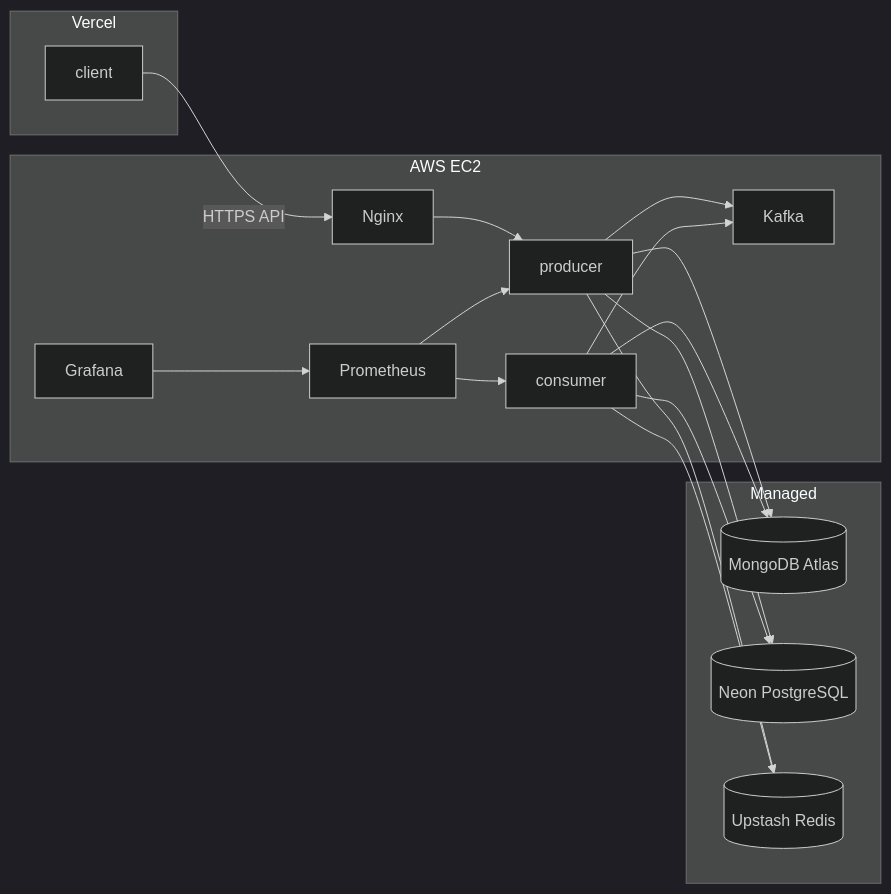
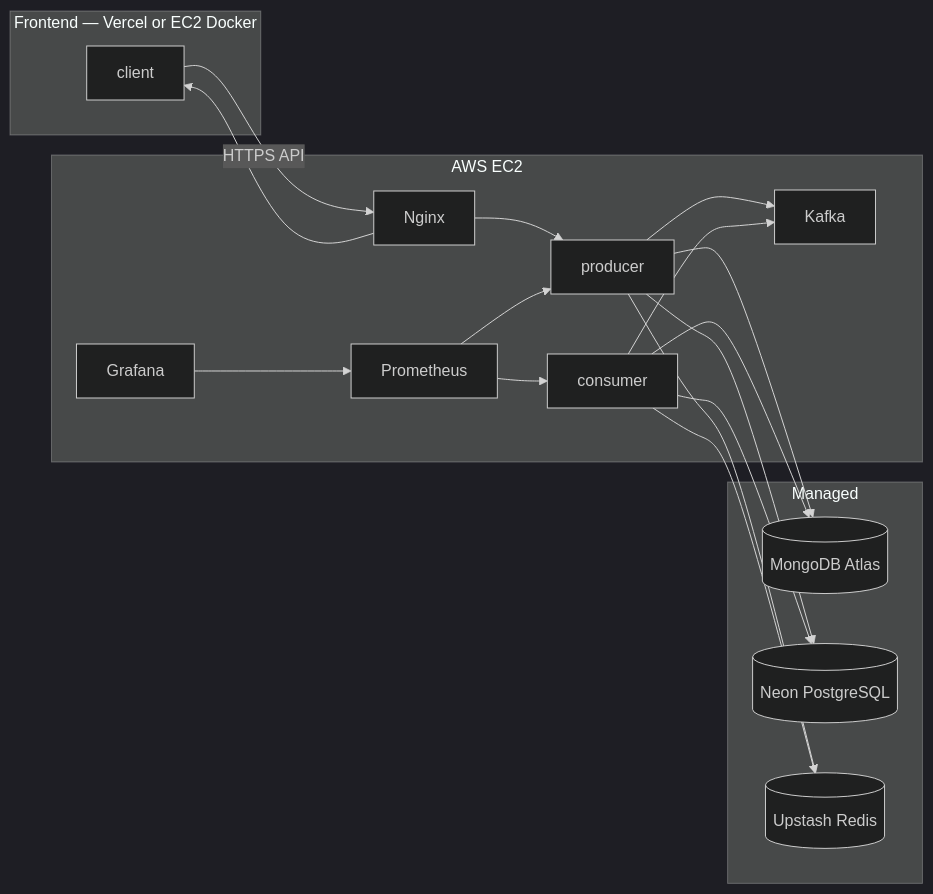
Before and after one commit to tkddnr1022/mealio: the diagram in agent/common/deployment_strategy.md, drawn with Mermaid (dark theme). The commit also changed other lines of this file and 24 other files, not shown here.

First line of the commit message:
Chore: update environment variables and Docker configurations for client and server

````diff
--- a/agent/common/deployment_strategy.md
+++ b/agent/common/deployment_strategy.md
@@ -25,32 +34,33 @@
 ```mermaid
 flowchart LR
-  subgraph vercel [Vercel]
+  subgraph frontend [Frontend — Vercel or EC2 Docker]
     Client[client]
   end
   subgraph ec2 [AWS EC2]
     Nginx[Nginx]
     Producer[producer]
     Consumer[consumer]
     Kafka[Kafka]
     Prom[Prometheus]
     Graf[Grafana]
     Nginx --> Producer
+    Nginx --> Client
     Producer --> Kafka
     Consumer --> Kafka
     Prom --> Producer
     Prom --> Consumer
     Graf --> Prom
   end
   subgraph managed [Managed]
     Atlas[(MongoDB Atlas)]
     Neon[(Neon PostgreSQL)]
     Upstash[(Upstash Redis)]
   end
   Client -->|HTTPS API| Nginx
   Producer --> Atlas
   Producer --> Neon
   Producer --> Upstash
   Consumer --> Atlas
   Consumer --> Neon
   Consumer --> Upstash
 ```
````
